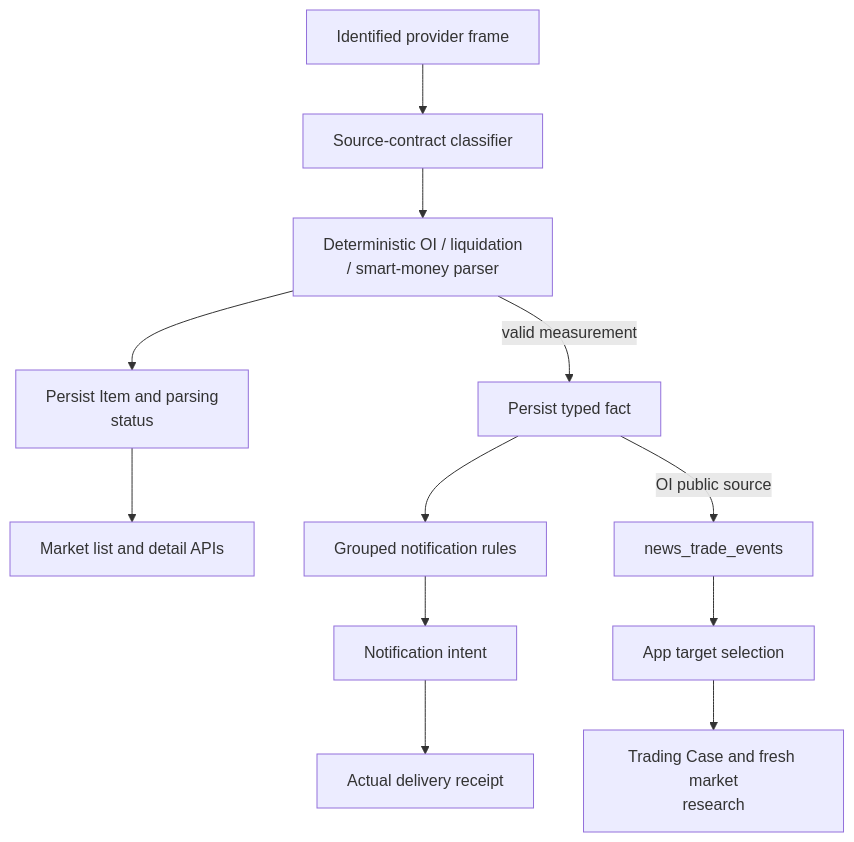
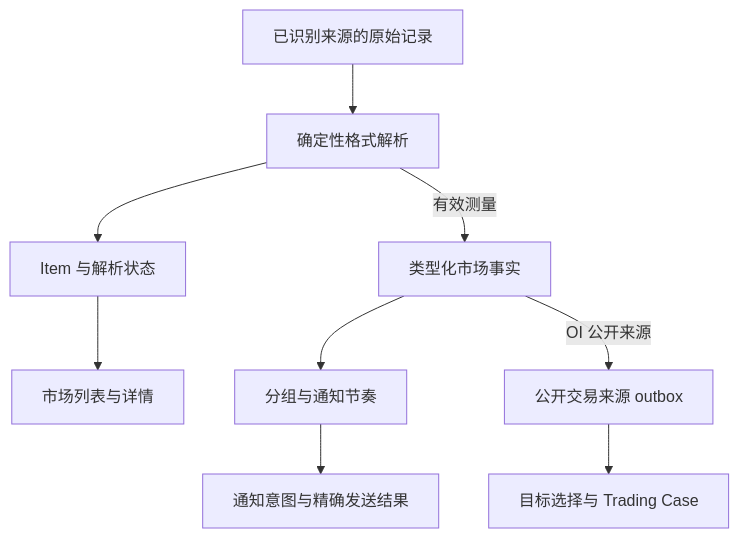
The first of 3 diagrams in docs/modules/oi.md (AnalyThothAI/tracefold), drawn with Mermaid before and after one commit. The commit also changed other lines of this file and 28 other files, not shown here.

Commit message:
docs: rebuild the Chinese architecture and module handbook

````diff
--- a/docs/modules/oi.md
+++ b/docs/modules/oi.md
@@ -11,14 +20,11 @@
 ```mermaid
 flowchart TB
-    Frame["Identified provider frame"] --> Route["Source-contract classifier"]
-    Route --> Parse["Deterministic OI / liquidation<br/>/ smart-money parser"]
-    Parse --> Item["Persist Item and parsing<br/>status"]
-    Parse -->|"valid measurement"| Fact["Persist typed fact"]
-    Item --> API["Market list and detail APIs"]
-    Fact --> Rules["Grouped notification rules"]
-    Rules --> Intent["Notification intent"]
-    Intent --> Send["Actual delivery receipt"]
-    Fact -->|"OI public source"| Outbox["news_trade_events"]
-    Outbox --> Target["App target selection"]
-    Target --> Case["Trading Case and fresh market<br/>research"]
+    Frame["已识别来源的原始记录"] --> Parse["确定性格式解析"]
+    Parse --> Item["Item 与解析状态"]
+    Parse -->|"有效测量"| Fact["类型化市场事实"]
+    Item --> API["市场列表与详情"]
+    Fact --> Group["分组与通知节奏"]
+    Group --> Intent["通知意图与精确发送结果"]
+    Fact -->|"OI 公开来源"| Outbox["公开交易来源 outbox"]
+    Outbox --> Analysis["目标选择与 Trading Case"]
 ```
````
